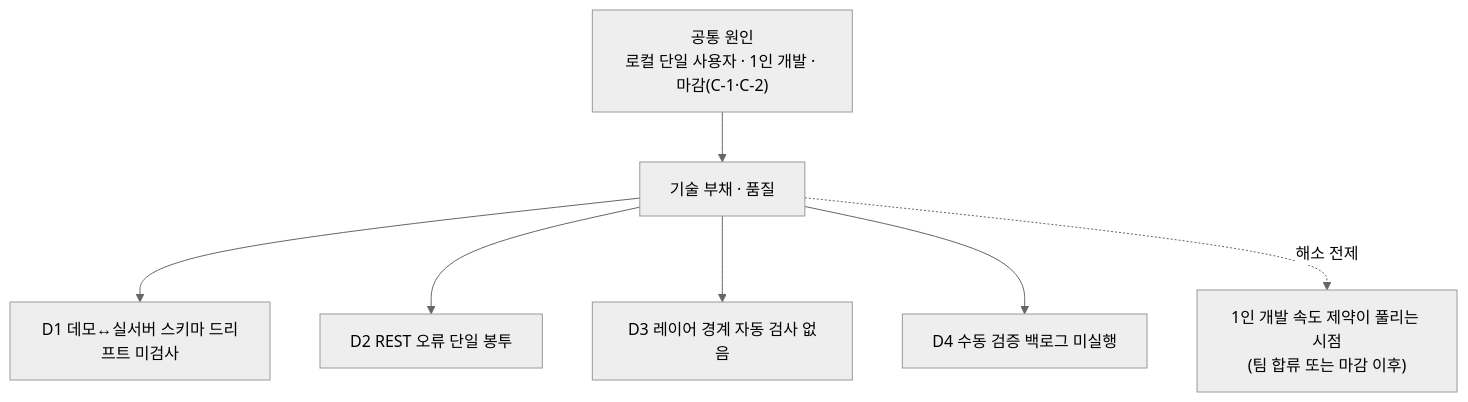
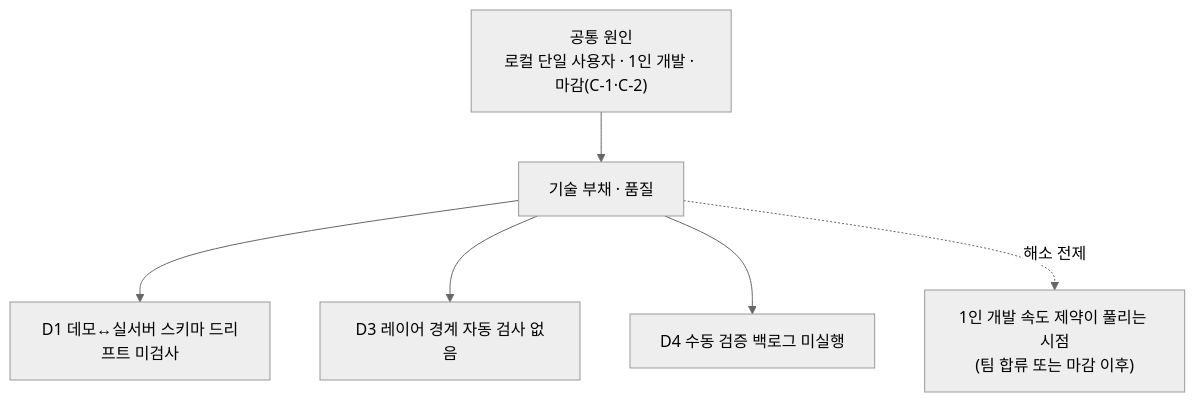
One commit to gamercross/my-setup-proj changed the second of 2 diagrams in docs/REVERSE_PLAN.md. Above: the diagram before and after it, drawn with Mermaid (neutral theme). The commit also changed other lines of this file and 62 other files, not shown here.

````diff
--- a/docs/REVERSE_PLAN.md
+++ b/docs/REVERSE_PLAN.md
@@ -492,12 +492,11 @@
 ```mermaid
 flowchart TB
   ROOT["공통 원인<br/>로컬 단일 사용자 · 1인 개발 · 마감(C-1·C-2)"]
   ROOT --> QUAL["기술 부채 · 품질"]
 
   QUAL --> D1["D1 데모↔실서버 스키마 드리프트 미검사"]
-  QUAL --> D2["D2 REST 오류 단일 봉투"]
   QUAL --> D3["D3 레이어 경계 자동 검사 없음"]
   QUAL --> D4["D4 수동 검증 백로그 미실행"]
 
   QUAL -.해소 전제.-> FIX2["1인 개발 속도 제약이 풀리는 시점<br/>(팀 합류 또는 마감 이후)"]
 ```
````
